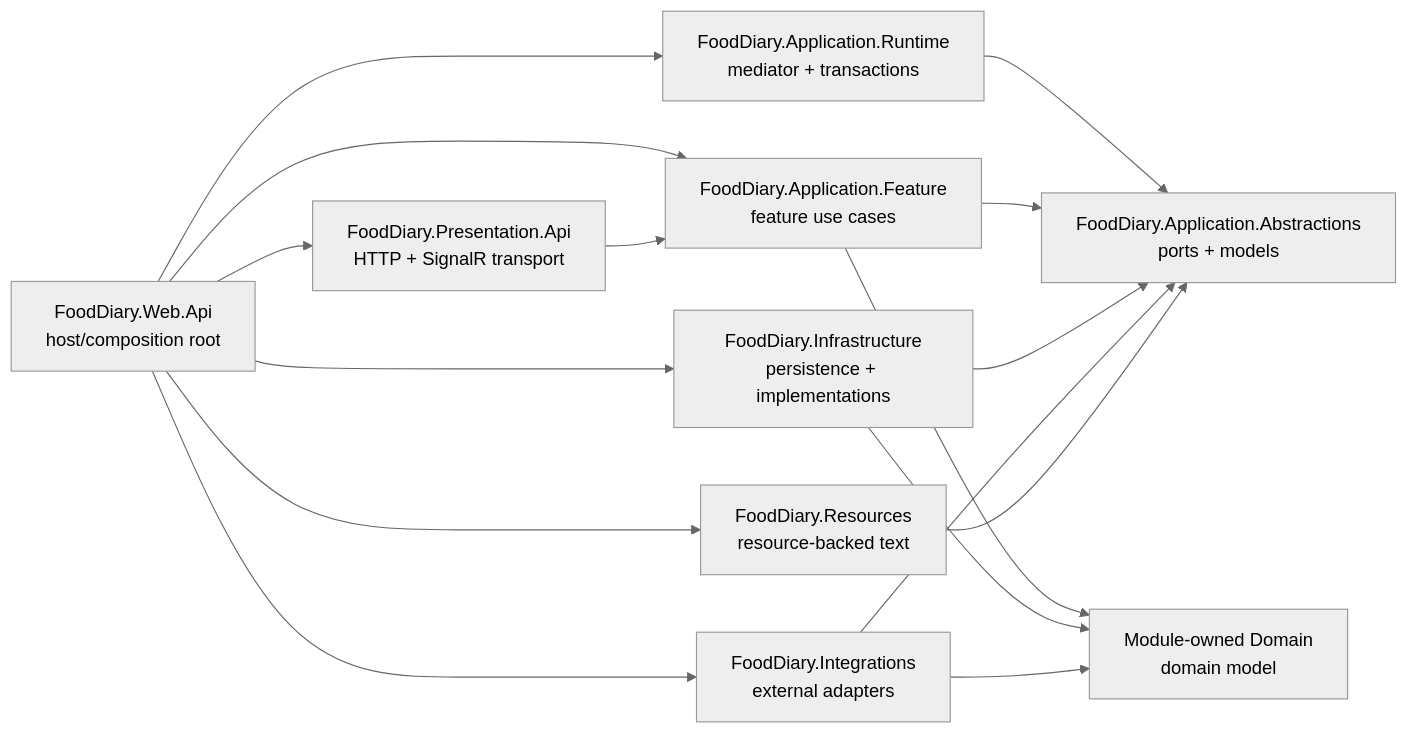
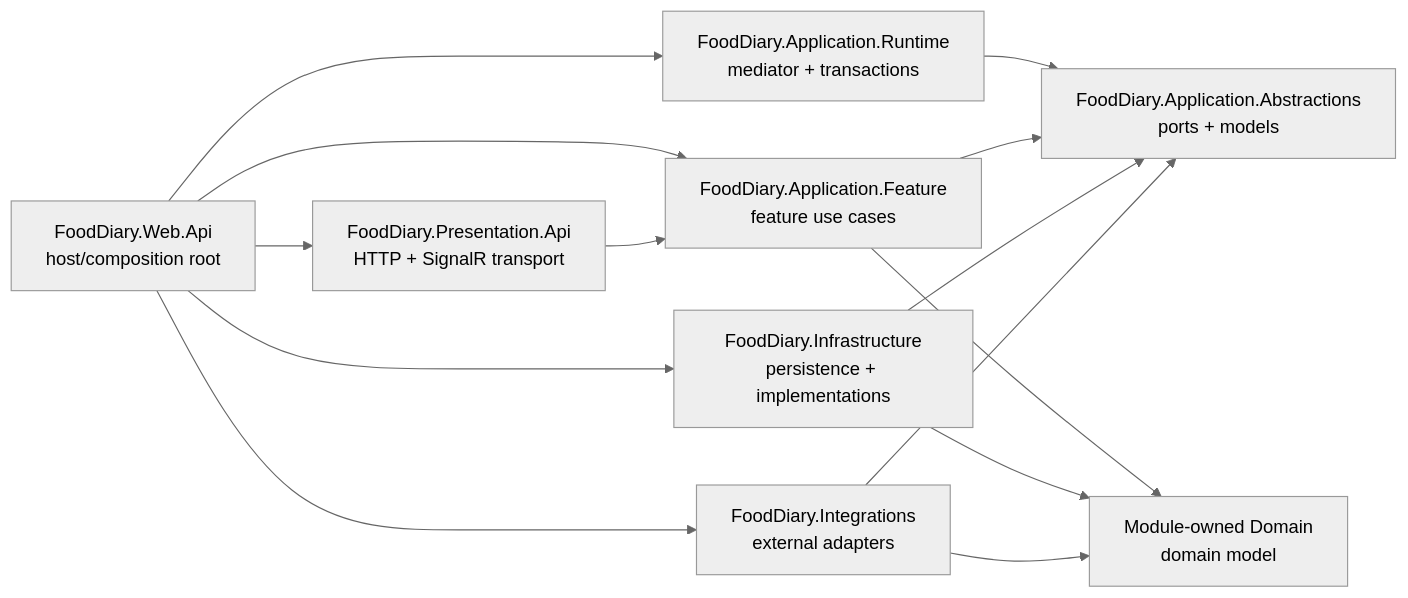
The first of 2 diagrams in docs/ARCHITECTURE.md (alexindima/food-diary), drawn with Mermaid (neutral theme) before and after one commit. The commit also changed other lines of this file and 63 other files, not shown here.

````diff
--- a/docs/ARCHITECTURE.md
+++ b/docs/ARCHITECTURE.md
@@ -42,18 +41,16 @@
 ```mermaid
 flowchart LR
     WebApi["FoodDiary.Web.Api\nhost/composition root"] --> Presentation["FoodDiary.Presentation.Api\nHTTP + SignalR transport"]
     WebApi --> Runtime["FoodDiary.Application.Runtime\nmediator + transactions"]
     WebApi --> Modules["FoodDiary.Application.Feature\nfeature use cases"]
     WebApi --> Infrastructure["FoodDiary.Infrastructure\npersistence + implementations"]
     WebApi --> Integrations["FoodDiary.Integrations\nexternal adapters"]
-    WebApi --> Resources["FoodDiary.Resources\nresource-backed text"]
     Presentation --> Modules
     Runtime --> Abstractions["FoodDiary.Application.Abstractions\nports + models"]
     Modules --> Abstractions
     Modules --> Domain["Module-owned Domain\ndomain model"]
     Infrastructure --> Abstractions
     Infrastructure --> Domain
     Integrations --> Abstractions
     Integrations --> Domain
-    Resources --> Abstractions
 ```
````
